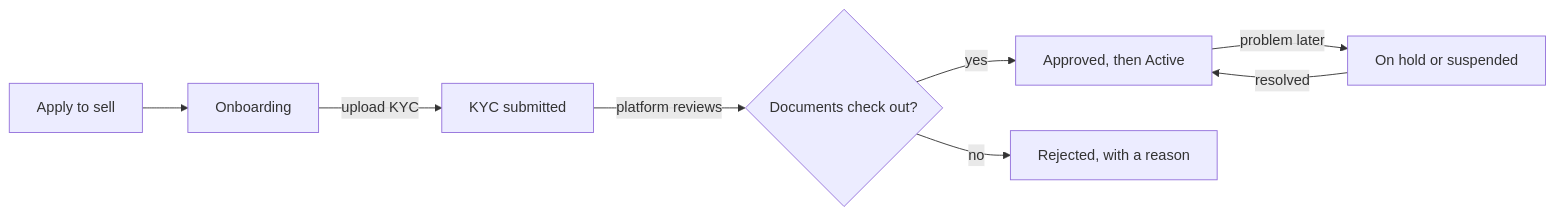
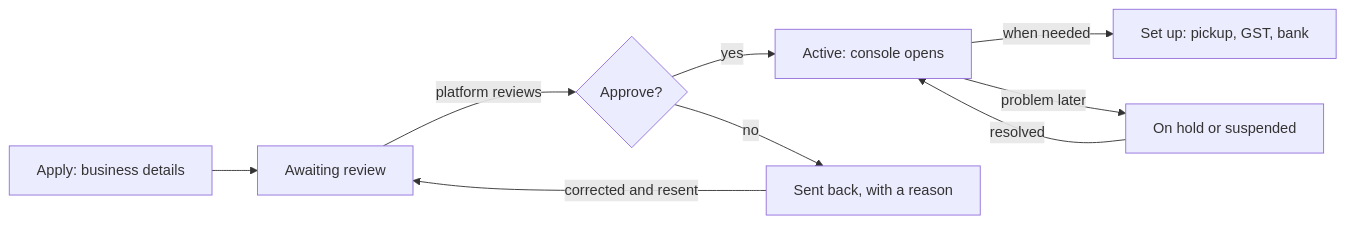
Before and after one commit to balram2002/Vestra: the fourth of 7 diagrams in README.md, drawn with Mermaid. The commit also changed other lines of this file and 18 other files, not shown here.

````diff
--- a/README.md
+++ b/README.md
@@ -565,10 +564,11 @@
 ```mermaid
 flowchart LR
-    A["Apply to sell"] --> B["Onboarding"]
-    B -->|upload KYC| C["KYC submitted"]
-    C -->|platform reviews| D{"Documents check out?"}
-    D -->|yes| E["Approved, then Active"]
-    D -->|no| F["Rejected, with a reason"]
+    A["Apply: business details"] --> C["Awaiting review"]
+    C -->|platform reviews| D{"Approve?"}
+    D -->|yes| E["Active: console opens"]
+    D -->|no| F["Sent back, with a reason"]
+    F -->|corrected and resent| C
+    E -->|when needed| S["Set up: pickup, GST, bank"]
     E -->|problem later| G["On hold or suspended"]
     G -->|resolved| E
 ```
````
